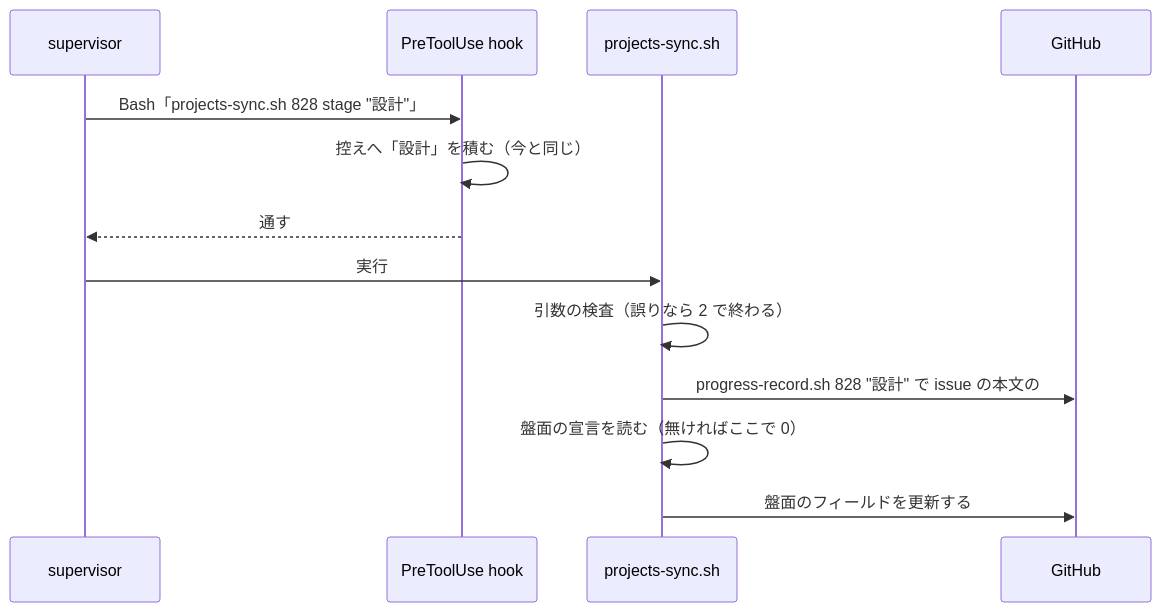
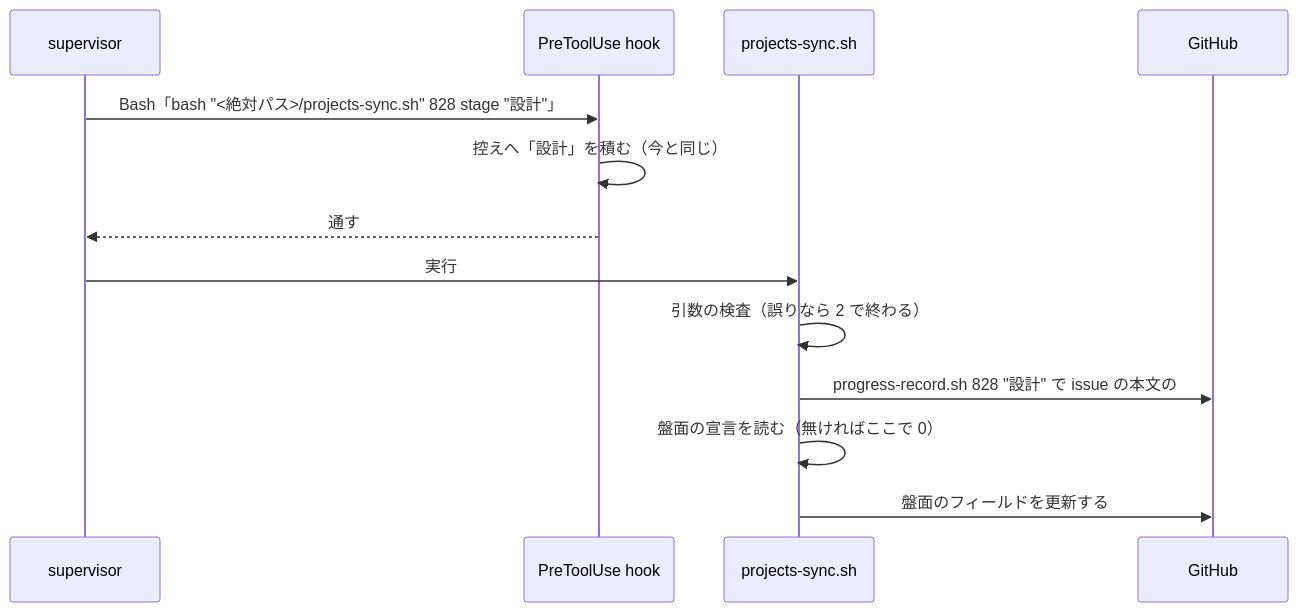
The second of 3 diagrams in issues/issue-828-680-design.md (devbasex/ai-plugins), drawn with Mermaid before and after one commit. The commit also changed other lines of this file and 1 other file, not shown here.

````diff
--- a/issues/issue-828-680-design.md
+++ b/issues/issue-828-680-design.md
@@ -252,15 +256,15 @@
 ```mermaid
 sequenceDiagram
   participant S as supervisor
   participant H as PreToolUse hook
   participant P as projects-sync.sh
   participant G as GitHub
-  S->>H: Bash「projects-sync.sh 828 stage "設計"」
+  S->>H: Bash「bash "<絶対パス>/projects-sync.sh" 828 stage "設計"」
   H->>H: 控えへ「設計」を積む（今と同じ）
   H-->>S: 通す
   S->>P: 実行
   P->>P: 引数の検査（誤りなら 2 で終わる）
   P->>G: progress-record.sh 828 "設計" で issue の本文の ## 進行 を差し替える
   P->>P: 盤面の宣言を読む（無ければここで 0）
   P->>G: 盤面のフィールドを更新する
 ```
````
